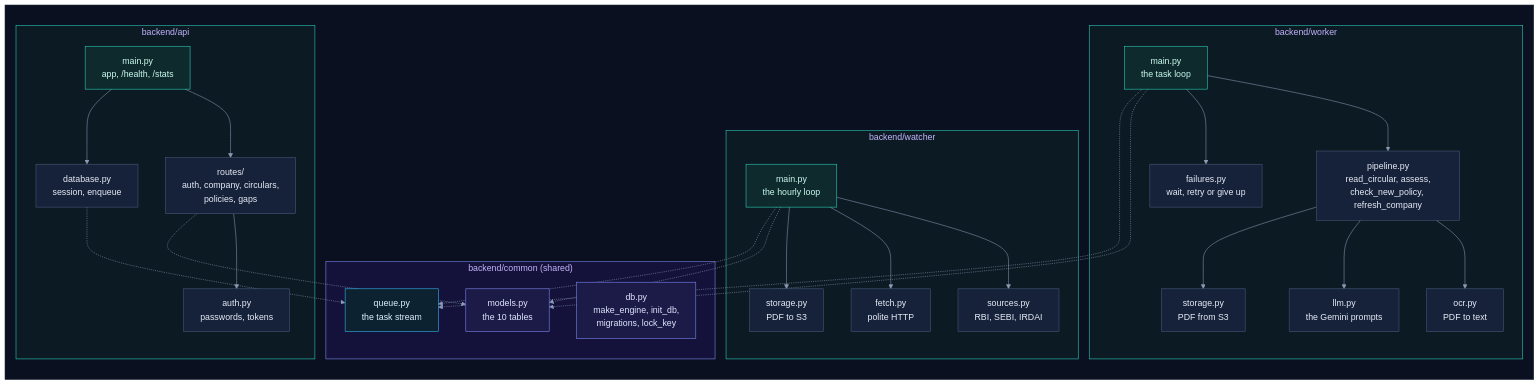
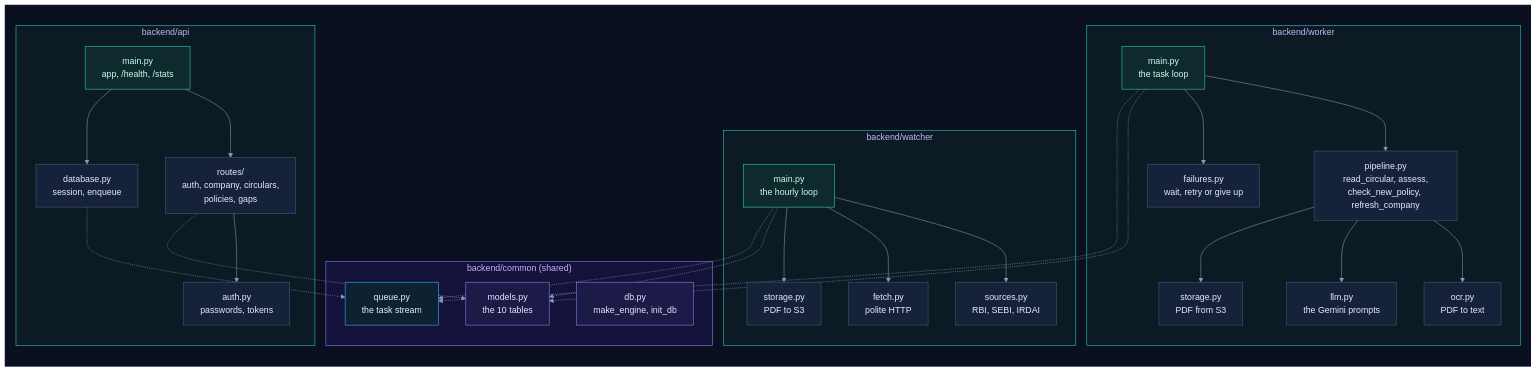
Diagram 22 of 22 in how_it_works.md (selvakumarperumal/Regulatory_Circular_Impact_Agent), drawn with Mermaid before and after one commit. The commit also changed other lines of this file and 7 other files, not shown here.

````diff
--- a/how_it_works.md
+++ b/how_it_works.md
@@ -1367,54 +1369,54 @@
 ```mermaid
 %%{init: {"theme": "base", "flowchart": {"diagramPadding": 0}, "themeVariables": {"darkMode": true, "primaryColor": "#16213a", "primaryTextColor": "#e6edf7", "primaryBorderColor": "#475a7a", "lineColor": "#8b9bb4", "secondaryColor": "#1b2436", "tertiaryColor": "#101a2e", "edgeLabelBackground": "#0f172a", "textColor": "#e2e8f0", "clusterBkg": "#0f1728", "clusterBorder": "#2b3a55", "titleColor": "#c4b5fd", "nodeTextColor": "#e6edf7"}}}%%
 flowchart TB
     subgraph canvas[" "]
         direction TB
         subgraph common["backend/common (shared)"]
             models["models.py<br/>the 10 tables"]
-            dbpy["db.py<br/>make_engine, init_db,<br/>migrations, lock_key"]
+            dbpy["db.py<br/>make_engine, init_db"]
             queuepy["queue.py<br/>the task stream"]
         end
         subgraph watcher["backend/watcher"]
             wmain["main.py<br/>the hourly loop"] --> sources["sources.py<br/>RBI, SEBI, IRDAI"]
             wmain --> fetch["fetch.py<br/>polite HTTP"]
             wmain --> wstore["storage.py<br/>PDF to S3"]
         end
         subgraph worker["backend/worker"]
             kmain["main.py<br/>the task loop"] --> pipeline["pipeline.py<br/>read_circular, assess,<br/>check_new_policy, refresh_company"]
             kmain --> failures["failures.py<br/>wait, retry or give up"]
             pipeline --> ocrpy["ocr.py<br/>PDF to text"]
             pipeline --> llm["llm.py<br/>the Gemini prompts"]
             pipeline --> kstore["storage.py<br/>PDF from S3"]
         end
         subgraph api["backend/api"]
             amain["main.py<br/>app, /health, /stats"] --> routes["routes/<br/>auth, company, circulars,<br/>policies, gaps"]
             amain --> database["database.py<br/>session, enqueue"]
             routes --> authpy["auth.py<br/>passwords, tokens"]
         end
         wmain -.-> models
         kmain -.-> models
         routes -.-> models
         wmain -.-> queuepy
         kmain -.-> queuepy
         database -.-> queuepy
     end
 
     class models,dbpy data
     class queuepy queue
     class wmain,kmain,amain svc
     classDef svc fill:#0e2a2c,stroke:#2dd4bf,color:#ccfbf1
     classDef data fill:#1c1a47,stroke:#818cf8,color:#e0e7ff
     classDef ext fill:#2a1640,stroke:#c084fc,color:#f3e8ff
     classDef gpu fill:#2d1b0c,stroke:#fb923c,color:#ffedd5
     classDef ask fill:#2a2410,stroke:#fbbf24,color:#fef3c7
     classDef ok fill:#0b2a1c,stroke:#34d399,color:#d1fae5
     classDef bad fill:#2e0f17,stroke:#fb7185,color:#ffe4e6
     classDef start fill:#1c2a0e,stroke:#a7ef6f,color:#ecfccb
     classDef muted fill:#1a2130,stroke:#64748b,color:#cbd5e1
     classDef queue fill:#0c2231,stroke:#38bdf8,color:#e0f2fe
     style common fill:#14123a,stroke:#818cf8
     style watcher fill:#0c1a24,stroke:#2dd4bf
     style worker fill:#0c1a24,stroke:#2dd4bf
     style api fill:#0c1a24,stroke:#2dd4bf
     style canvas fill:#0b1020,stroke:#1e293b,color:#0b1020
 ```
````
